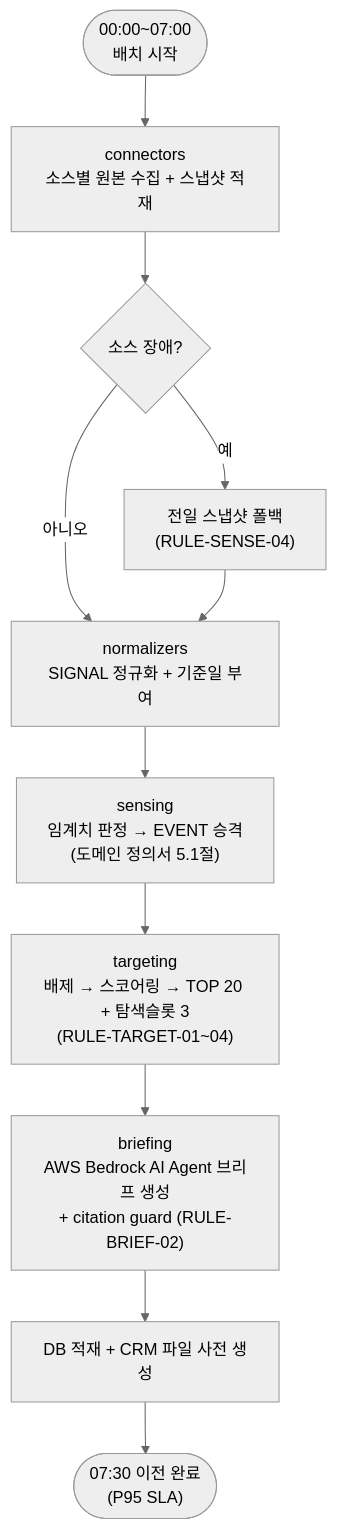
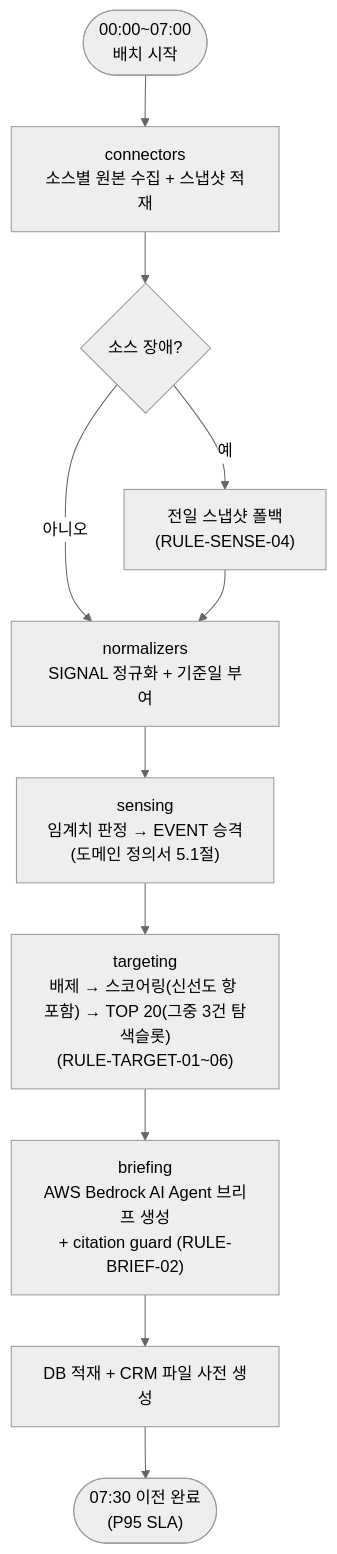
Before and after one commit to puen27/C-MAKER: the second of 3 diagrams in docs/5-arch-diagram.md, drawn with Mermaid (neutral theme). The commit also changed other lines of this file and 10 other files, not shown here.

````diff
--- a/docs/5-arch-diagram.md
+++ b/docs/5-arch-diagram.md
@@ -69,13 +74,13 @@
 ```mermaid
 flowchart TB
     Start(["00:00~07:00<br/>배치 시작"]) --> Conn["connectors<br/>소스별 원본 수집 + 스냅샷 적재"]
     Conn --> Fail{"소스 장애?"}
     Fail -- "예" --> Fallback["전일 스냅샷 폴백<br/>(RULE-SENSE-04)"]
     Fail -- "아니오" --> Norm
     Fallback --> Norm["normalizers<br/>SIGNAL 정규화 + 기준일 부여"]
     Norm --> Sense["sensing<br/>임계치 판정 → EVENT 승격<br/>(도메인 정의서 5.1절)"]
-    Sense --> Target["targeting<br/>배제 → 스코어링 → TOP 20 + 탐색슬롯 3<br/>(RULE-TARGET-01~04)"]
+    Sense --> Target["targeting<br/>배제 → 스코어링(신선도 항 포함) → TOP 20(그중 3건 탐색슬롯)<br/>(RULE-TARGET-01~06)"]
     Target --> Brief["briefing<br/>AWS Bedrock AI Agent 브리프 생성<br/>+ citation guard (RULE-BRIEF-02)"]
     Brief --> Persist["DB 적재 + CRM 파일 사전 생성"]
     Persist --> Done(["07:30 이전 완료<br/>(P95 SLA)"])
 ```
````
